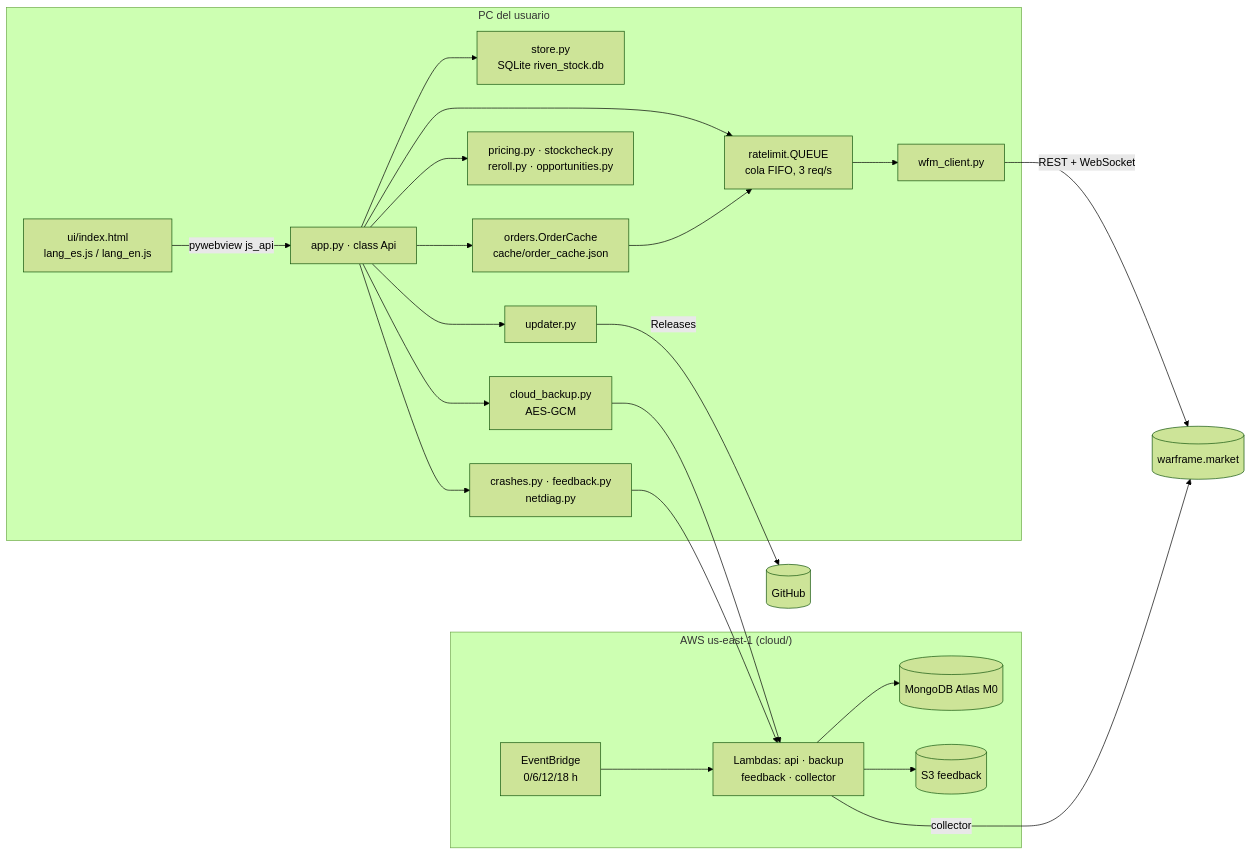
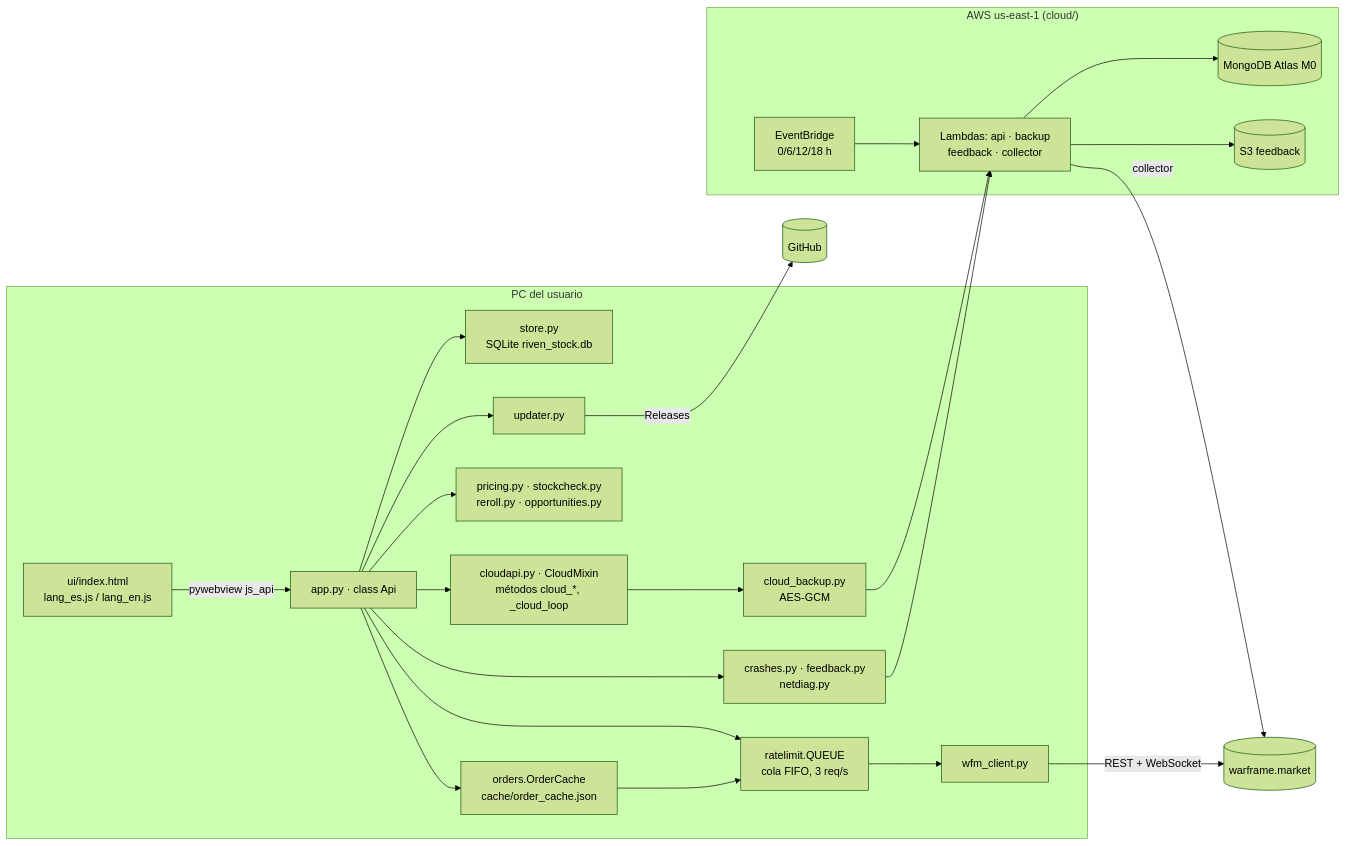
The first of 8 diagrams in docs/ARQUITECTURA.md (Franh01/riven-stock), drawn with Mermaid (forest theme) before and after one commit. The commit also changed other lines of this file and 3 other files, not shown here.

Commit message:
app.py: la copia en la nube sale a cloudapi.py (CloudMixin), mismos nombres de metodos

````diff
--- a/docs/ARQUITECTURA.md
+++ b/docs/ARQUITECTURA.md
@@ -9,25 +9,26 @@
 ```mermaid
 flowchart LR
     subgraph PC["PC del usuario"]
         UI["ui/index.html<br/>lang_es.js / lang_en.js"] -- "pywebview js_api" --> API["app.py · class Api"]
         API --> STORE["store.py<br/>SQLite riven_stock.db"]
         API --> CACHE["orders.OrderCache<br/>cache/order_cache.json"]
         API --> RL["ratelimit.QUEUE<br/>cola FIFO, 3 req/s"]
         CACHE --> RL
         RL --> WFM["wfm_client.py"]
         API --> PRICING["pricing.py · stockcheck.py<br/>reroll.py · opportunities.py"]
         API --> UPD["updater.py"]
         API --> CRASH["crashes.py · feedback.py<br/>netdiag.py"]
-        API --> CB["cloud_backup.py<br/>AES-GCM"]
+        API --> CLAPI["cloudapi.py · CloudMixin<br/>métodos cloud_*, _cloud_loop"]
+        CLAPI --> CB["cloud_backup.py<br/>AES-GCM"]
     end
     WFM -- "REST + WebSocket" --> WM[("warframe.market")]
     UPD -- "Releases" --> GH[("GitHub")]
     CB --> LAM
     CRASH --> LAM
     subgraph AWS["AWS us-east-1 (cloud/)"]
         LAM["Lambdas: api · backup<br/>feedback · collector"] --> MONGO[("MongoDB Atlas M0")]
         LAM --> S3[("S3 feedback")]
         EB["EventBridge<br/>0/6/12/18 h"] --> LAM
     end
     LAM -- "collector" --> WM
 ```
````
